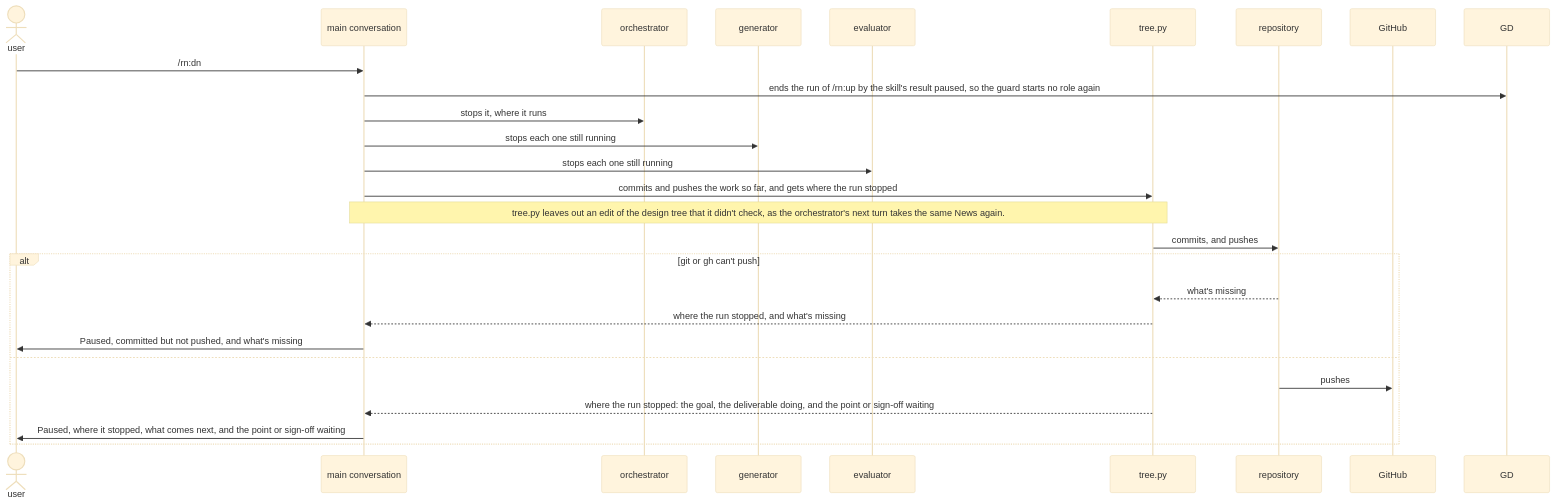
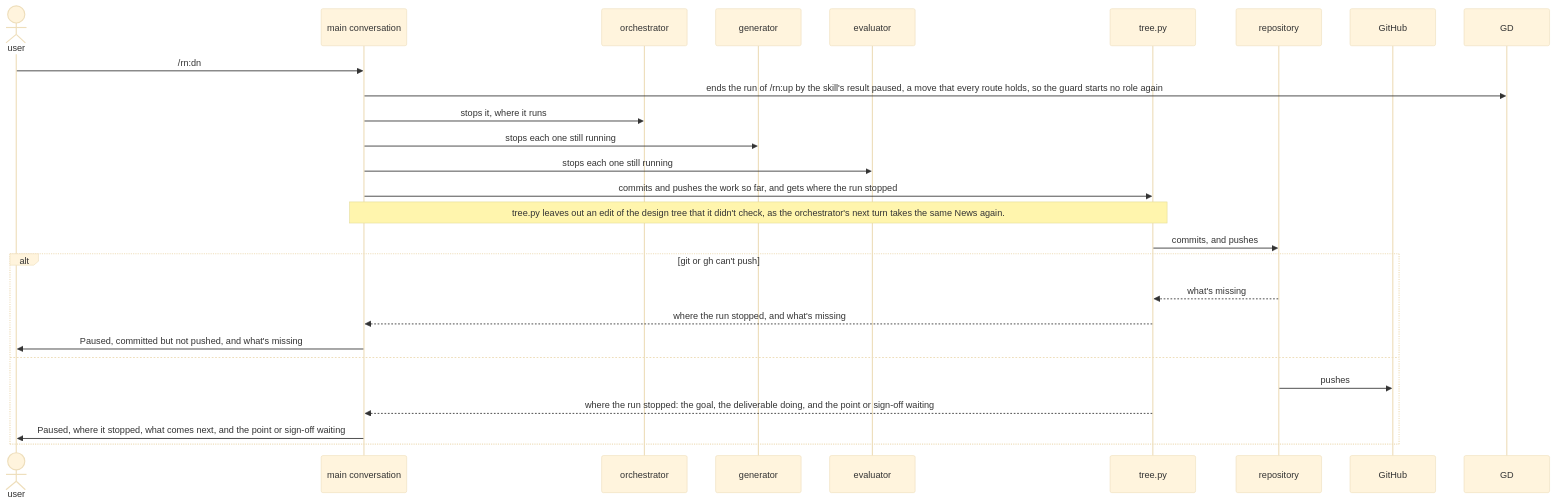
One commit to lovaizu/ccpm changed the fourth of 6 diagrams in dev/rn/architecture.md. Above: the diagram before and after it, drawn with Mermaid (base theme). The commit also changed other lines of this file and 2 other files, not shown here.

````diff
--- a/dev/rn/architecture.md
+++ b/dev/rn/architecture.md
@@ -349,28 +356,28 @@
 ```mermaid
 sequenceDiagram
   actor U as user
   participant M as main conversation
   participant O as orchestrator
   participant G as generator
   participant E as evaluator
   participant T as tree.py
   participant RP as repository
   participant GH as GitHub
   U->>M: /rn:dn
-  M->>GD: ends the run of /rn:up by the skill's result paused, so the guard starts no role again
+  M->>GD: ends the run of /rn:up by the skill's result paused, a move that every route holds, so the guard starts no role again
   M->>O: stops it, where it runs
   M->>G: stops each one still running
   M->>E: stops each one still running
   M->>T: commits and pushes the work so far, and gets where the run stopped
   Note over M,T: tree.py leaves out an edit of the design tree that it didn't check, as the orchestrator's next turn takes the same News again.
   T->>RP: commits, and pushes
   alt git or gh can't push
     RP-->>T: what's missing
     T-->>M: where the run stopped, and what's missing
     M->>U: Paused, committed but not pushed, and what's missing
   else
     RP->>GH: pushes
     T-->>M: where the run stopped: the goal, the deliverable doing, and the point or sign-off waiting
     M->>U: Paused, where it stopped, what comes next, and the point or sign-off waiting
   end
 ```
````
